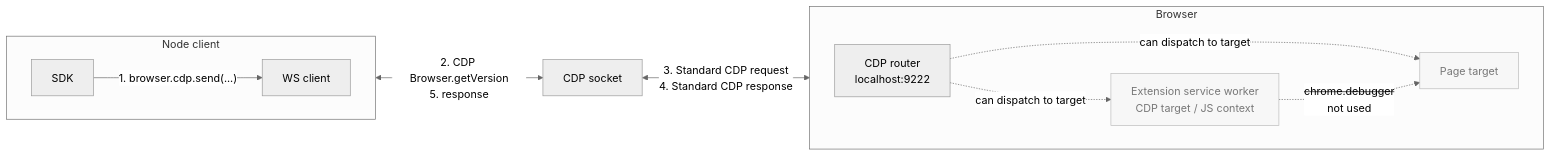
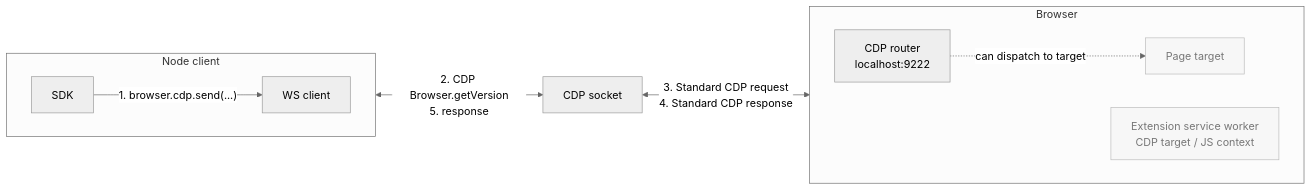
Before and after one commit to pirate/chrome-cdp-extension-bridge: the first of 4 diagrams in README.md, drawn with Mermaid (neutral theme). The commit also changed other lines of this file, not shown here.

Commit message:
Grey idle service worker in normal CDP diagrams

````diff
--- a/README.md
+++ b/README.md
@@ -43,27 +43,25 @@
 ```mermaid
 flowchart LR
   subgraph Node["Node client"]
     direction LR
     SDK["SDK"]
     WS["WS client"]
     SDK -->|"1. browser.cdp.send(...)"| WS
   end
 
   subgraph Browser["Browser"]
     direction LR
     CDP["CDP router<br/>localhost:9222"]
     SW["Extension service worker<br/>CDP target / JS context"]
     Page["Page target"]
-    CDP -. "can dispatch to target" .-> SW
     CDP -. "can dispatch to target" .-> Page
-    SW -. "<s>chrome.debugger</s><br/>not used" .-> Page
   end
 
   Socket["CDP socket"]
 
   WS <-->|"2. CDP Browser.getVersion<br/>5. response"| Socket
   Socket <-->|"3. Standard CDP request<br/>4. Standard CDP response"| CDP
 
   classDef idle fill:#f7f7f7,stroke:#bbb,color:#777;
   class SW,Page idle;
 ```
````
